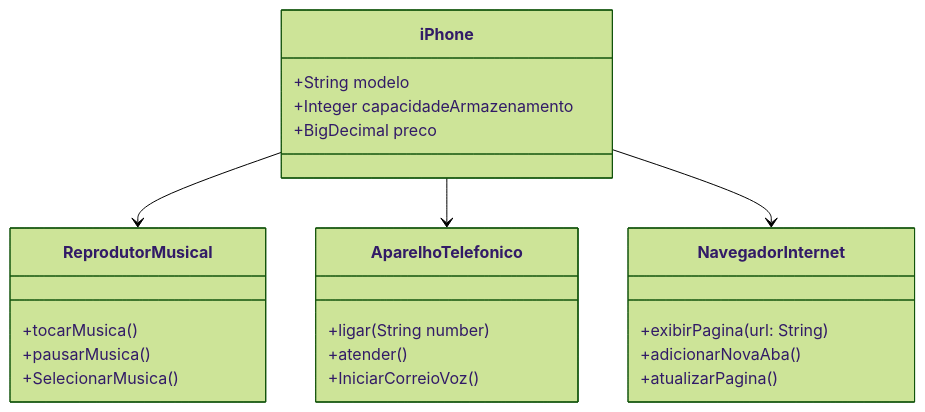
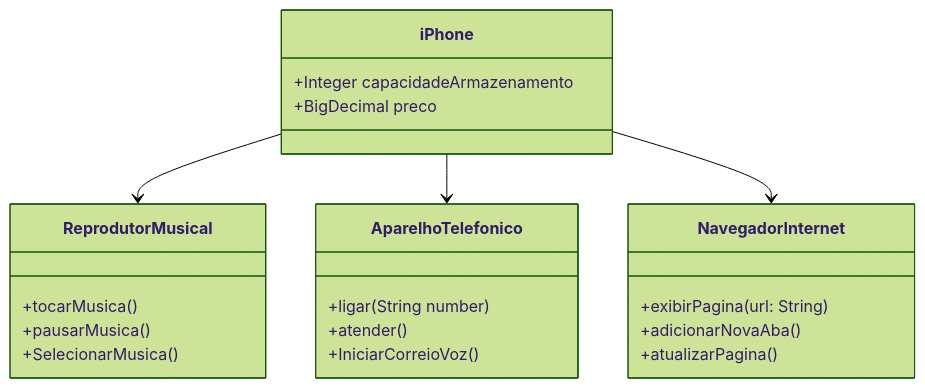
The diagram in README.md (CaioAntonioJava/desafio-dio-iphone-uml), drawn with Mermaid (forest theme) before and after one commit.

````diff
--- a/README.md
+++ b/README.md
@@ -35,31 +35,30 @@
 ```mermaid
 classDiagram
     class ReprodutorMusical {
         +tocarMusica()
         +pausarMusica()
         +SelecionarMusica()
     }
 
     class AparelhoTelefonico {
         +ligar(String number)
         +atender()
         +IniciarCorreioVoz()
     }
 
     class NavegadorInternet {
         +exibirPagina(url: String)
         +adicionarNovaAba()
         +atualizarPagina()
     }
 
     class iPhone  {
-        +String modelo
         +Integer capacidadeArmazenamento
         +BigDecimal preco
     }
 
 
 iPhone --> ReprodutorMusical
 iPhone --> AparelhoTelefonico
 iPhone --> NavegadorInternet
 ```
````
